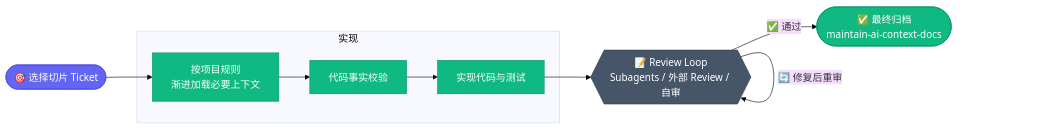
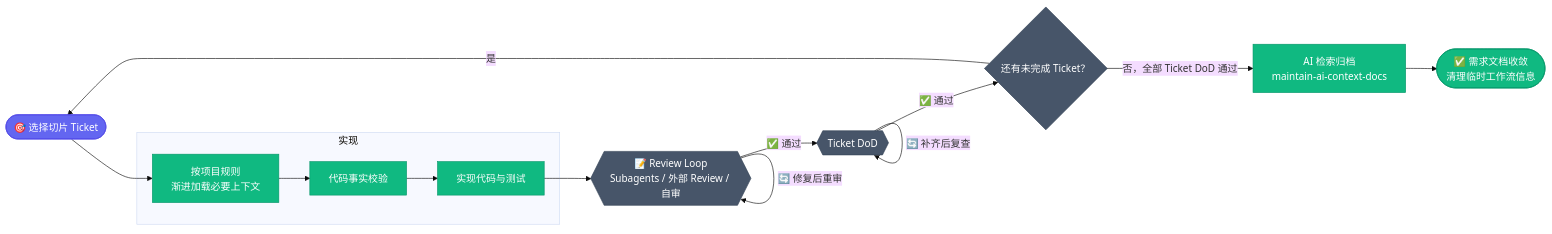
One commit to mofan212/codex-profile changed the third of 3 diagrams in README.md. Above: the diagram before and after it, drawn with Mermaid (base theme). The commit also changed other lines of this file and 5 other files, not shown here.

````diff
--- a/README.md
+++ b/README.md
@@ -135,25 +137,36 @@
 ```mermaid
 flowchart LR
     slice(["🎯 选择切片 Ticket"])
 
     subgraph impl ["实现"]
         locate["按项目规则\n渐进加载必要上下文"]
         verify["代码事实校验"]
         implement["实现代码与测试"]
     end
 
     review{{"📝 Review Loop\nSubagents / 外部 Review / 自审"}}
-    archive(["✅ 最终归档\nmaintain-ai-context-docs"])
+    dod{{"Ticket DoD"}}
+    more{"还有未完成 Ticket？"}
+    archive["AI 检索归档\nmaintain-ai-context-docs"]
+    converge(["✅ 需求文档收敛\n清理临时工作流信息"])
 
     slice --> locate --> verify --> implement
     implement --> review
-    review -->|"✅ 通过"| archive
+    review -->|"✅ 通过"| dod
+    dod -->|"🔄 补齐后复查"| dod
+    dod -->|"✅ 通过"| more
+    more -->|"是"| slice
+    more -->|"否，全部 Ticket DoD 通过"| archive
+    archive --> converge
     review -->|"🔄 修复后重审"| review
 
     style slice fill:#6366f1,color:#fff,stroke:#4f46e5
     style review fill:#475569,color:#fff,stroke:#334155
+    style dod fill:#475569,color:#fff,stroke:#334155
+    style more fill:#475569,color:#fff,stroke:#334155
     style archive fill:#10b981,color:#fff,stroke:#059669
+    style converge fill:#10b981,color:#fff,stroke:#059669
     style locate fill:#10b981,color:#fff,stroke:#059669
     style verify fill:#10b981,color:#fff,stroke:#059669
     style implement fill:#10b981,color:#fff,stroke:#059669
 ```
````
